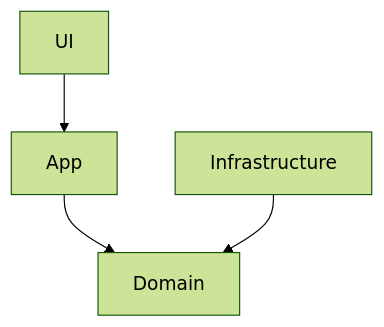
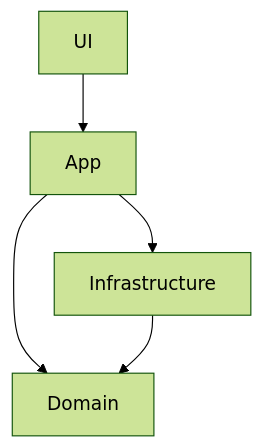
The first of 5 diagrams in README.md (Tr1nside/C--learn-bank), drawn with Mermaid (forest theme) before and after one commit. The commit also changed other lines of this file and 10 other files, not shown here.

````diff
--- a/README.md
+++ b/README.md
@@ -21,7 +21,8 @@
 ```mermaid
 flowchart TD
     U[UI] --> A
     A[App] --> D
+    A[App] --> I
     I[Infrastructure] --> D
     D[Domain]
 ```
````
